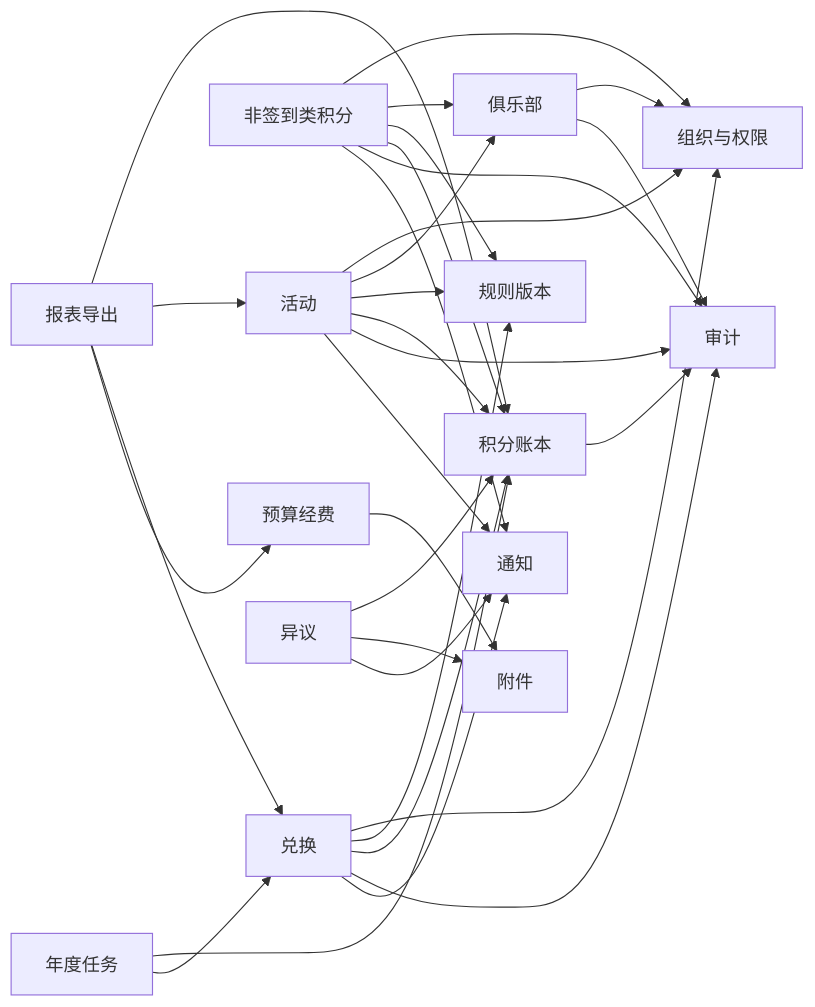
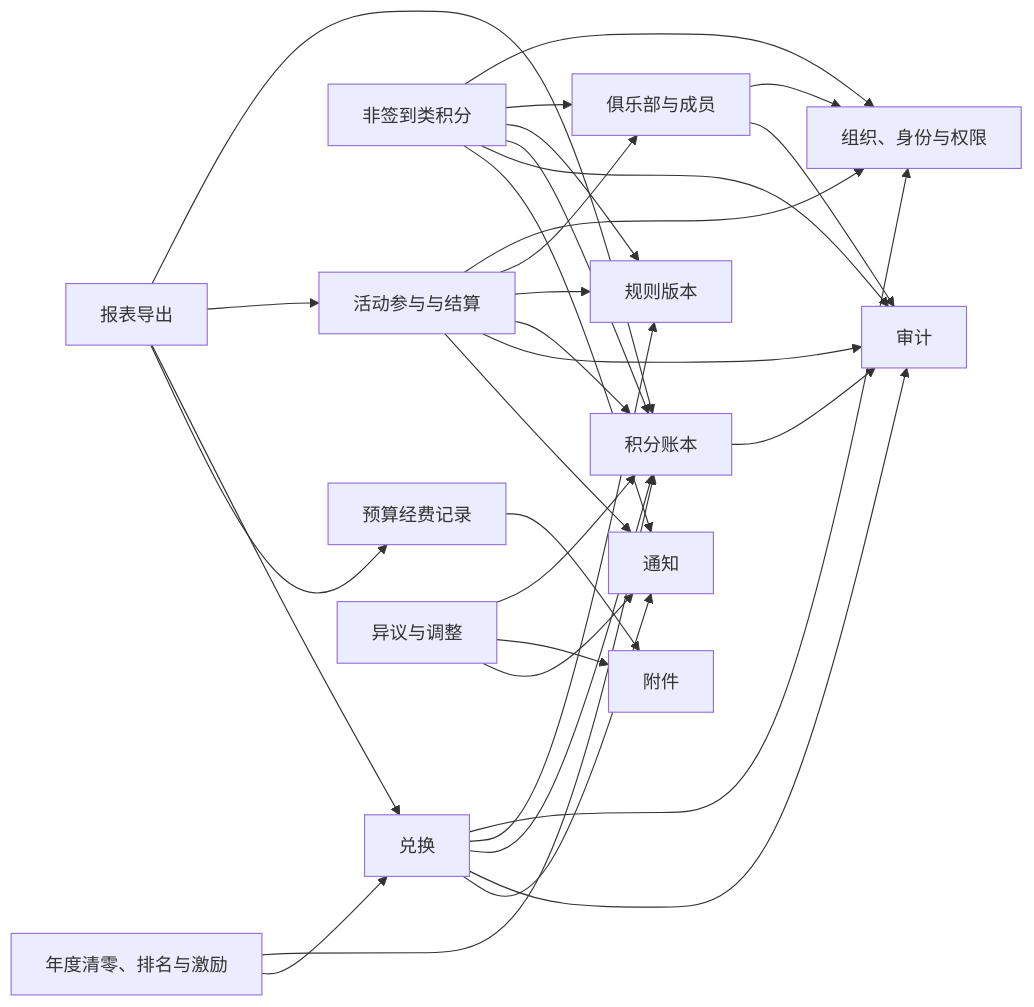
Before and after one commit to KianaMei/points: the fourth of 6 diagrams in docs/club-points-architecture-design.md, drawn with Mermaid. The commit also changed other lines of this file and 2661 other files, not shown here.

````diff
--- a/docs/club-points-architecture-design.md
+++ b/docs/club-points-architecture-design.md
@@ -230,53 +236,53 @@
 ```mermaid
 flowchart LR
-    accTitle: Module Dependency Rules
-    accDescr: Module dependency graph showing which modules may call ledger, rule, attachment, audit, and notification capabilities.
+    accTitle: 能力依赖规则
+    accDescr: 展示业务域如何调用账本、规则、附件、审计和通知能力，以及允许的依赖方向。
 
-    org["组织与权限"]
-    club["俱乐部"]
-    activity["活动"]
+    org["组织、身份与权限"]
+    club["俱乐部与成员"]
+    activity["活动参与与结算"]
     contribution["非签到类积分"]
     redemption["兑换"]
     ledger["积分账本"]
     rule["规则版本"]
     attachment["附件"]
     audit["审计"]
     notification["通知"]
     report["报表导出"]
-    annual["年度任务"]
-    budget["预算经费"]
-    dispute["异议"]
+    annual["年度清零、排名与激励"]
+    budget["预算经费记录"]
+    dispute["异议与调整"]
 
     club --> org
     activity --> org
     activity --> club
     activity --> rule
     activity --> ledger
     contribution --> org
     contribution --> club
     contribution --> rule
     contribution --> ledger
     redemption --> org
     redemption --> rule
     redemption --> ledger
     annual --> ledger
     annual --> redemption
     dispute --> ledger
     dispute --> attachment
     budget --> attachment
     report --> ledger
     report --> activity
     report --> redemption
     report --> budget
 
     activity --> audit
     contribution --> audit
     redemption --> audit
     ledger --> audit
     club --> audit
 
     activity --> notification
     contribution --> notification
     redemption --> notification
     dispute --> notification
 ```
````
